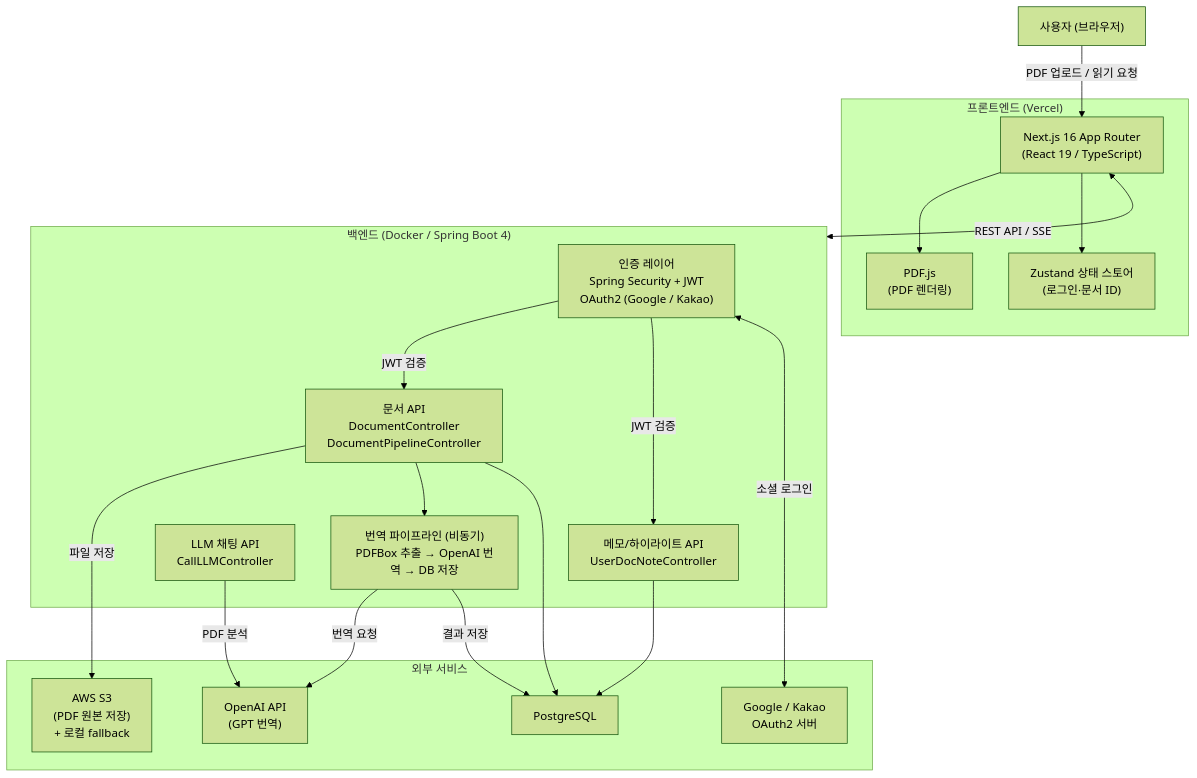
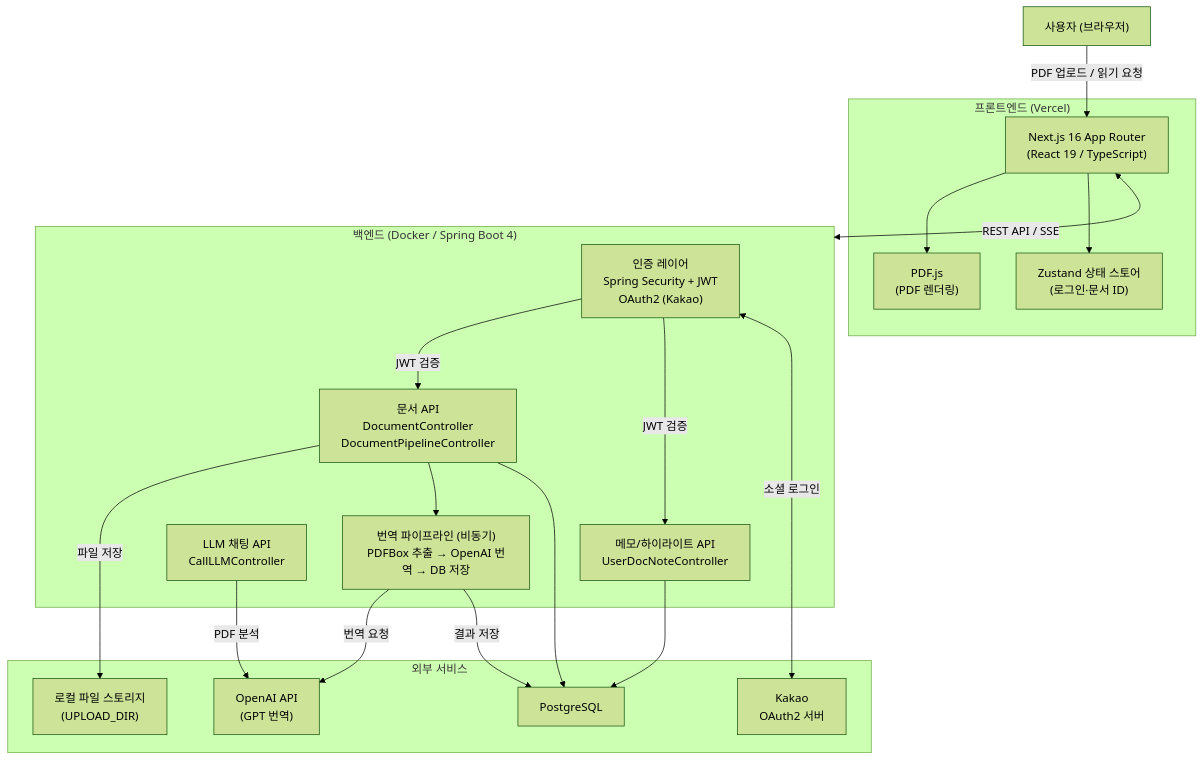
The first of 2 diagrams in docs/ARCHITECTURE.md (MintPansy/scholardot), drawn with Mermaid (forest theme) before and after one commit. The commit also changed other lines of this file and 30 other files, not shown here.

````diff
--- a/docs/ARCHITECTURE.md
+++ b/docs/ARCHITECTURE.md
@@ -11,42 +11,42 @@
 ```mermaid
 flowchart TD
     User["사용자 (브라우저)"]
 
     subgraph FE["프론트엔드 (Vercel)"]
         Next["Next.js 16 App Router\n(React 19 / TypeScript)"]
         Zustand["Zustand 상태 스토어\n(로그인·문서 ID)"]
         PDFjs["PDF.js\n(PDF 렌더링)"]
     end
 
     subgraph BE["백엔드 (Docker / Spring Boot 4)"]
-        Auth["인증 레이어\nSpring Security + JWT\nOAuth2 (Google / Kakao)"]
+        Auth["인증 레이어\nSpring Security + JWT\nOAuth2 (Kakao)"]
         DocAPI["문서 API\nDocumentController\nDocumentPipelineController"]
         NoteAPI["메모/하이라이트 API\nUserDocNoteController"]
         LLMAPI["LLM 채팅 API\nCallLLMController"]
         Pipeline["번역 파이프라인 (비동기)\nPDFBox 추출 → OpenAI 번역 → DB 저장"]
     end
 
     subgraph Storage["외부 서비스"]
         PG["PostgreSQL"]
-        S3["AWS S3\n(PDF 원본 저장)\n+ 로컬 fallback"]
+        S3["로컬 파일 스토리지\n(UPLOAD_DIR)"]
         OpenAI["OpenAI API\n(GPT 번역)"]
-        OAuth["Google / Kakao\nOAuth2 서버"]
+        OAuth["Kakao\nOAuth2 서버"]
     end
 
     User -->|"PDF 업로드 / 읽기 요청"| Next
     Next <-->|"REST API / SSE"| BE
     Next --> PDFjs
     Next --> Zustand
 
     Auth -->|"JWT 검증"| DocAPI
     Auth -->|"JWT 검증"| NoteAPI
     Auth <-->|"소셜 로그인"| OAuth
 
     DocAPI -->|"파일 저장"| S3
     DocAPI --> Pipeline
     Pipeline -->|"번역 요청"| OpenAI
     Pipeline -->|"결과 저장"| PG
     DocAPI --> PG
     NoteAPI --> PG
     LLMAPI -->|"PDF 분석"| OpenAI
 ```
````
